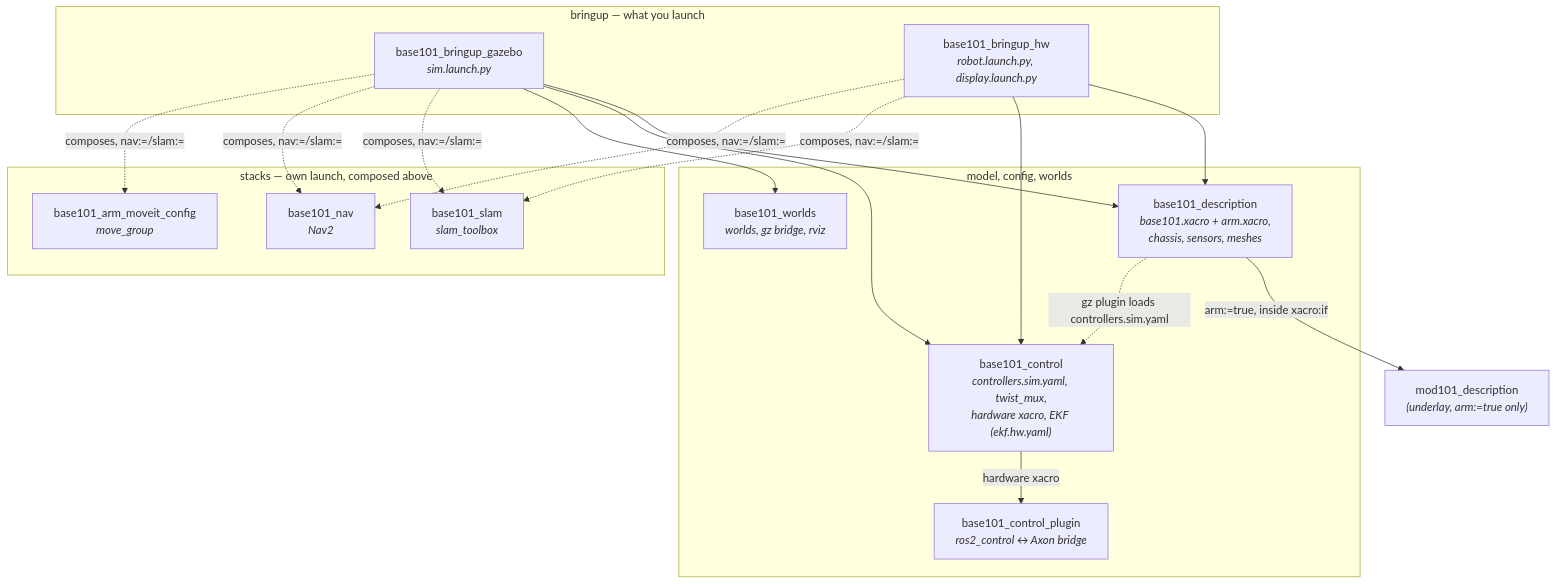
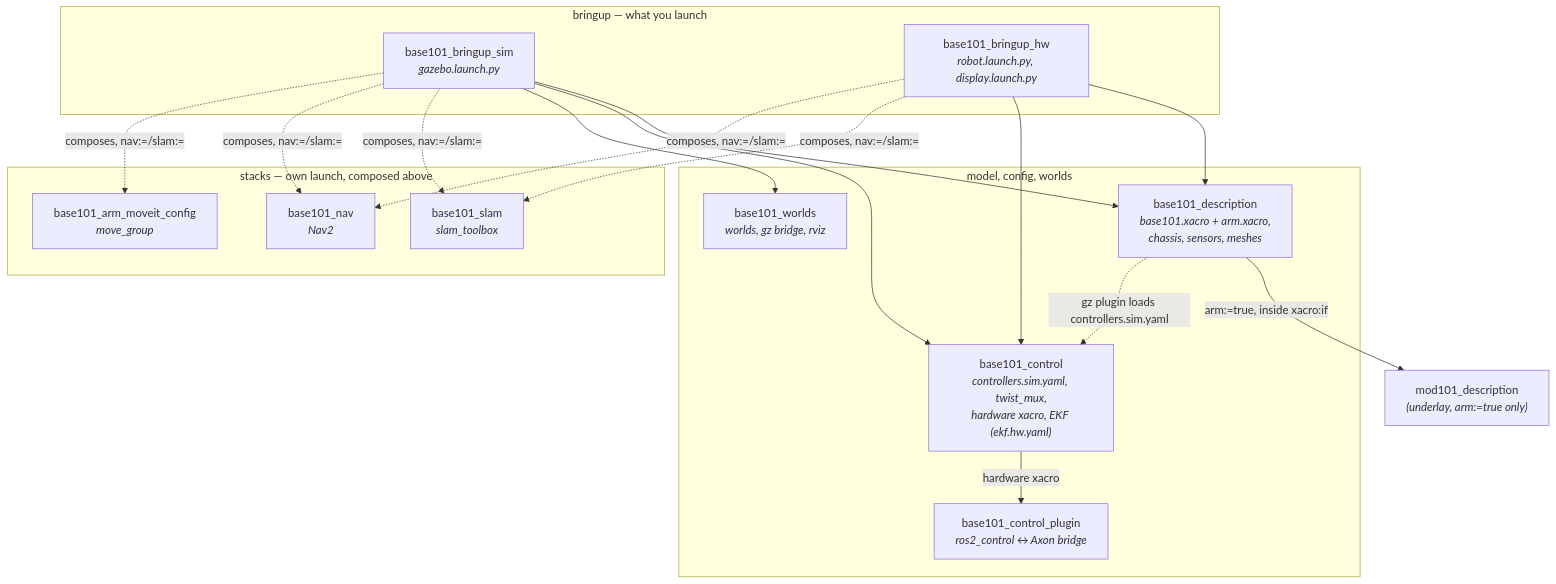
Before and after one commit to robocore-labs/base101: the diagram in README.md, drawn with Mermaid. The commit also changed other lines of this file and 28 other files, not shown here.

````diff
--- a/README.md
+++ b/README.md
@@ -280,31 +280,31 @@
 ```mermaid
 graph TD
     subgraph bringup["bringup — what you launch"]
-        SIM["base101_bringup_gazebo<br/><i>sim.launch.py</i>"]
+        SIM["base101_bringup_sim<br/><i>gazebo.launch.py</i>"]
         HW["base101_bringup_hw<br/><i>robot.launch.py, display.launch.py</i>"]
     end
 
     subgraph stacks["stacks — own launch, composed above"]
         SLAM["base101_slam<br/><i>slam_toolbox</i>"]
         NAV["base101_nav<br/><i>Nav2</i>"]
         MOVEIT["base101_arm_moveit_config<br/><i>move_group</i>"]
     end
 
     subgraph model["model, config, worlds"]
         DESC["base101_description<br/><i>base101.xacro + arm.xacro,<br/>chassis, sensors, meshes</i>"]
         CTRL["base101_control<br/><i>controllers.sim.yaml, twist_mux,<br/>hardware xacro, EKF (ekf.hw.yaml)</i>"]
         PLUGIN["base101_control_plugin<br/><i>ros2_control ↔ Axon bridge</i>"]
         GZ["base101_worlds<br/><i>worlds, gz bridge, rviz</i>"]
     end
 
     MOD["mod101_description<br/><i>(underlay, arm:=true only)</i>"]
 
     SIM --> DESC & CTRL & GZ
     HW  --> DESC & CTRL
     SIM -.->|composes, nav:=/slam:=| SLAM & NAV & MOVEIT
     HW  -.->|composes, nav:=/slam:=| SLAM & NAV
 
     DESC -->|arm:=true, inside xacro:if| MOD
     CTRL -->|hardware xacro| PLUGIN
     DESC -.->|gz plugin loads controllers.sim.yaml| CTRL
 ```
````
